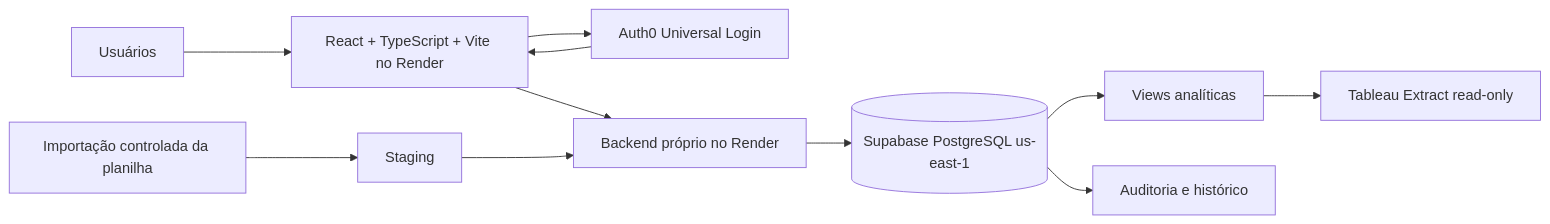
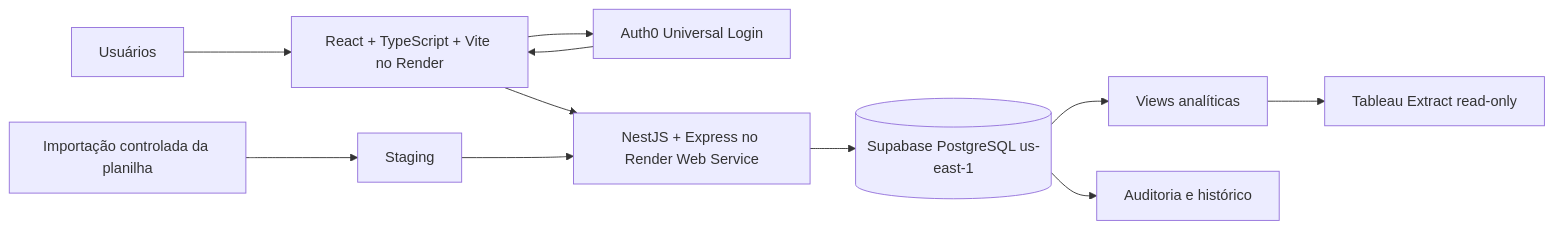
The first of 2 diagrams in docs/project-specification.md (igorjesus-coder/projeto-ltc-m), drawn with Mermaid before and after one commit. The commit also changed other lines of this file and 6 other files, not shown here.

Commit message:
docs: finalize NestJS backend architecture

````diff
--- a/docs/project-specification.md
+++ b/docs/project-specification.md
@@ -104,13 +104,13 @@
 ```mermaid
 flowchart LR
     U[Usuários] --> C[React + TypeScript + Vite no Render]
     C --> AUTH[Auth0 Universal Login]
     AUTH --> C
-    C --> B[Backend próprio no Render]
+    C --> B[NestJS + Express no Render Web Service]
     B --> S[(Supabase PostgreSQL us-east-1)]
     S --> V[Views analíticas]
     V --> T[Tableau Extract read-only]
     S --> AUDIT[Auditoria e histórico]
     I[Importação controlada da planilha] --> ST[Staging]
     ST --> B
 ```
````
